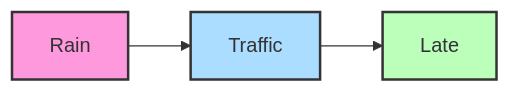
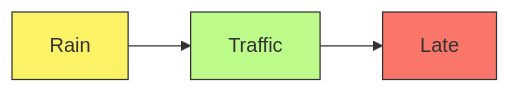
Before and after one commit to Chaklader/part-of-speech-tagging: diagram 12 of 13 in C_4.md, drawn with Mermaid. The commit also changed other lines of this file, not shown here.

````diff
--- a/C_4.md
+++ b/C_4.md
@@ -2353,9 +2384,9 @@
 ```mermaid
 graph LR
     R[Rain] --> T[Traffic]
     T --> L[Late]
 
-    style R fill:#f9d,stroke:#333,stroke-width:2px
-    style T fill:#adf,stroke:#333,stroke-width:2px
-    style L fill:#bfb,stroke:#333,stroke-width:2px
+    style T fill:#BCFB89,stroke:#333,stroke-width:1px
+    style R fill:#FBF266,stroke:#333,stroke-width:1px
+    style L fill:#FA756A,stroke:#333,stroke-width:1px
 ```
````
